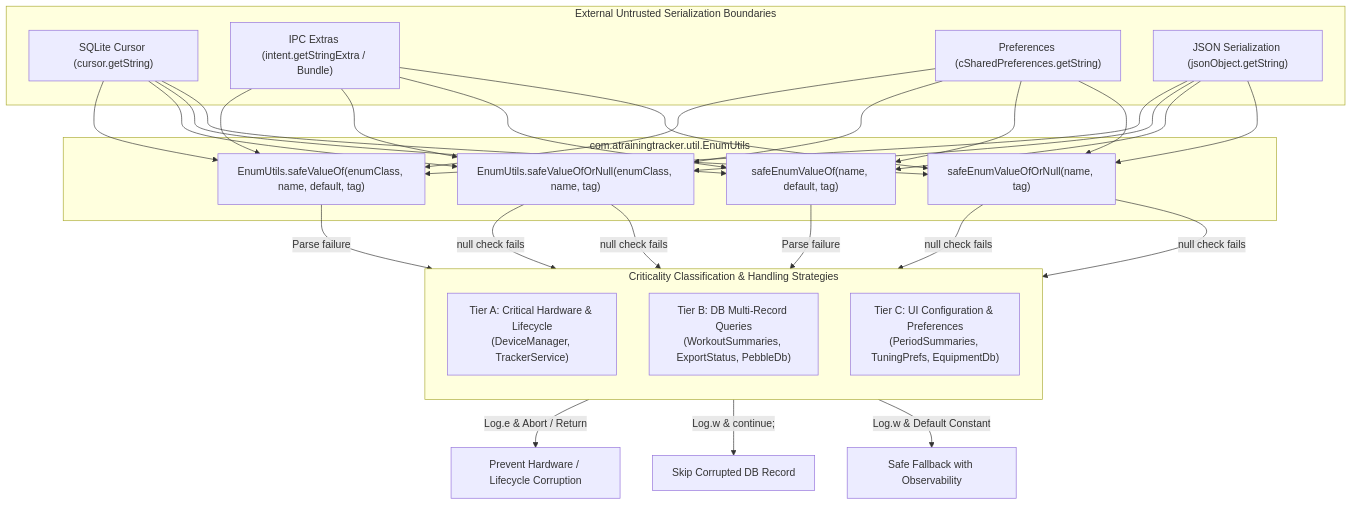
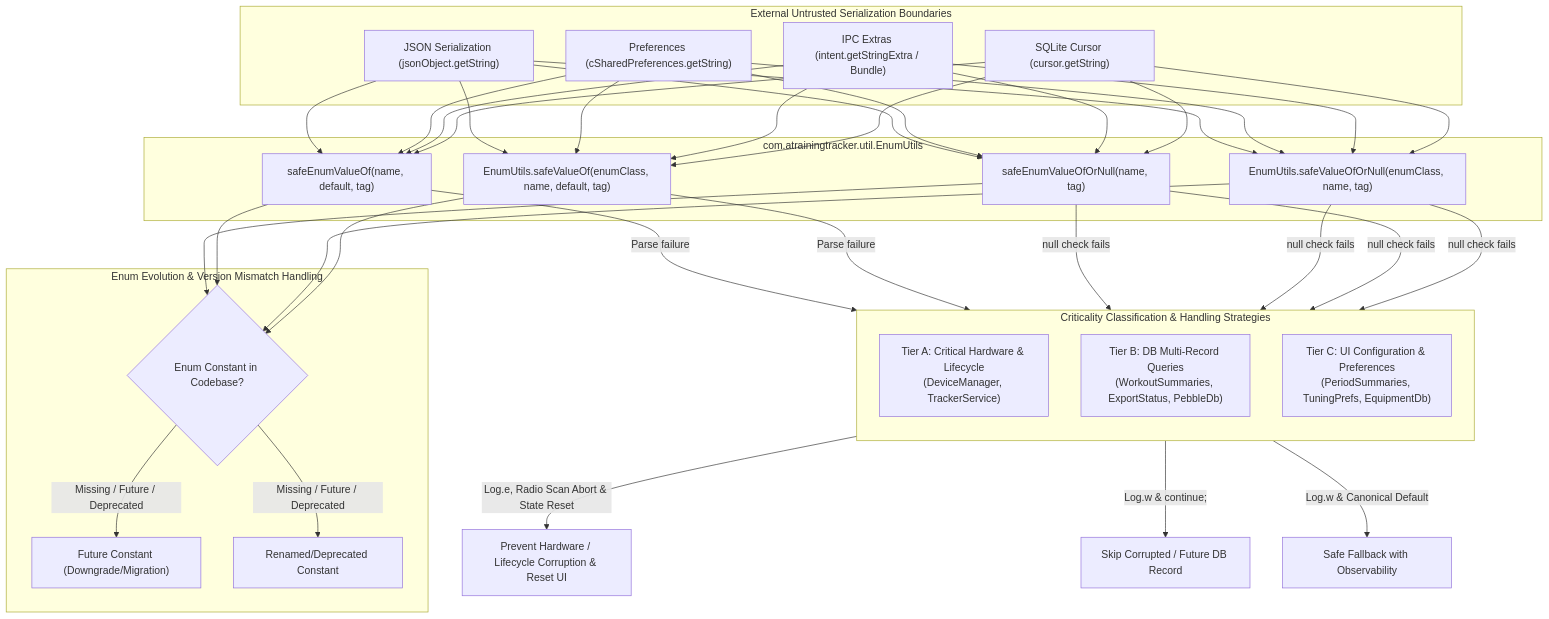
Before and after one commit to rainerblind/aTrainingTracker: the diagram in docs/engineering/plans/ATT-3562_plan.md, drawn with Mermaid. The commit also changed other lines of this file, not shown here.

Commit message:
docs(plan): address Gate 3 auditor recommendations on enum evolution, dual static guard, and type safety (ATT-3562)

````diff
--- a/docs/engineering/plans/ATT-3562_plan.md
+++ b/docs/engineering/plans/ATT-3562_plan.md
@@ -19,37 +19,46 @@
 ```mermaid
 flowchart TD
     subgraph ExternalSources ["External Untrusted Serialization Boundaries"]
         CUR["SQLite Cursor (cursor.getString)"]
         INT["IPC Extras (intent.getStringExtra / Bundle)"]
         PRF["Preferences (cSharedPreferences.getString)"]
         JSN["JSON Serialization (jsonObject.getString)"]
     end
 
     subgraph Engine ["com.atrainingtracker.util.EnumUtils"]
         EU["EnumUtils.safeValueOf(enumClass, name, default, tag)"]
         EUN["EnumUtils.safeValueOfOrNull(enumClass, name, tag)"]
         KEU["safeEnumValueOf<T>(name, default, tag)"]
         KEUN["safeEnumValueOfOrNull<T>(name, tag)"]
     end
 
+    subgraph EvolutionPolicy ["Enum Evolution & Version Mismatch Handling"]
+        UNKNOWN_CHECK{"Enum Constant in Codebase?"}
+        FUTURE["Future Constant (Downgrade/Migration)"]
+        RENAMED["Renamed/Deprecated Constant"]
+    end
+
     subgraph TierHandling ["Criticality Classification & Handling Strategies"]
         direction TB
         TA["Tier A: Critical Hardware & Lifecycle<br/>(DeviceManager, TrackerService)"]
         TB["Tier B: DB Multi-Record Queries<br/>(WorkoutSummaries, ExportStatus, PebbleDb)"]
         TC["Tier C: UI Configuration & Preferences<br/>(PeriodSummaries, TuningPrefs, EquipmentDb)"]
     end
 
     CUR --> EU & EUN & KEU & KEUN
     INT --> EU & EUN & KEU & KEUN
     PRF --> EU & EUN & KEU & KEUN
     JSN --> EU & EUN & KEU & KEUN
 
+    EU & EUN & KEU & KEUN --> UNKNOWN_CHECK
+    UNKNOWN_CHECK -->|Missing / Future / Deprecated| FUTURE & RENAMED
+
     EUN & KEUN -->|null check fails| TA
-    TA -->|Log.e & Abort / Return| SAFE_ABORT["Prevent Hardware / Lifecycle Corruption"]
+    TA -->|Log.e, Radio Scan Abort & State Reset| SAFE_ABORT["Prevent Hardware / Lifecycle Corruption & Reset UI"]
 
     EUN & KEUN -->|null check fails| TB
-    TB -->|Log.w & continue;| SKIP_ROW["Skip Corrupted DB Record"]
+    TB -->|Log.w & continue;| SKIP_ROW["Skip Corrupted / Future DB Record"]
 
     EU & KEU -->|Parse failure| TC
-    TC -->|Log.w & Default Constant| SAFE_DEFAULT["Safe Fallback with Observability"]
+    TC -->|Log.w & Canonical Default| SAFE_DEFAULT["Safe Fallback with Observability"]
 ```
````
